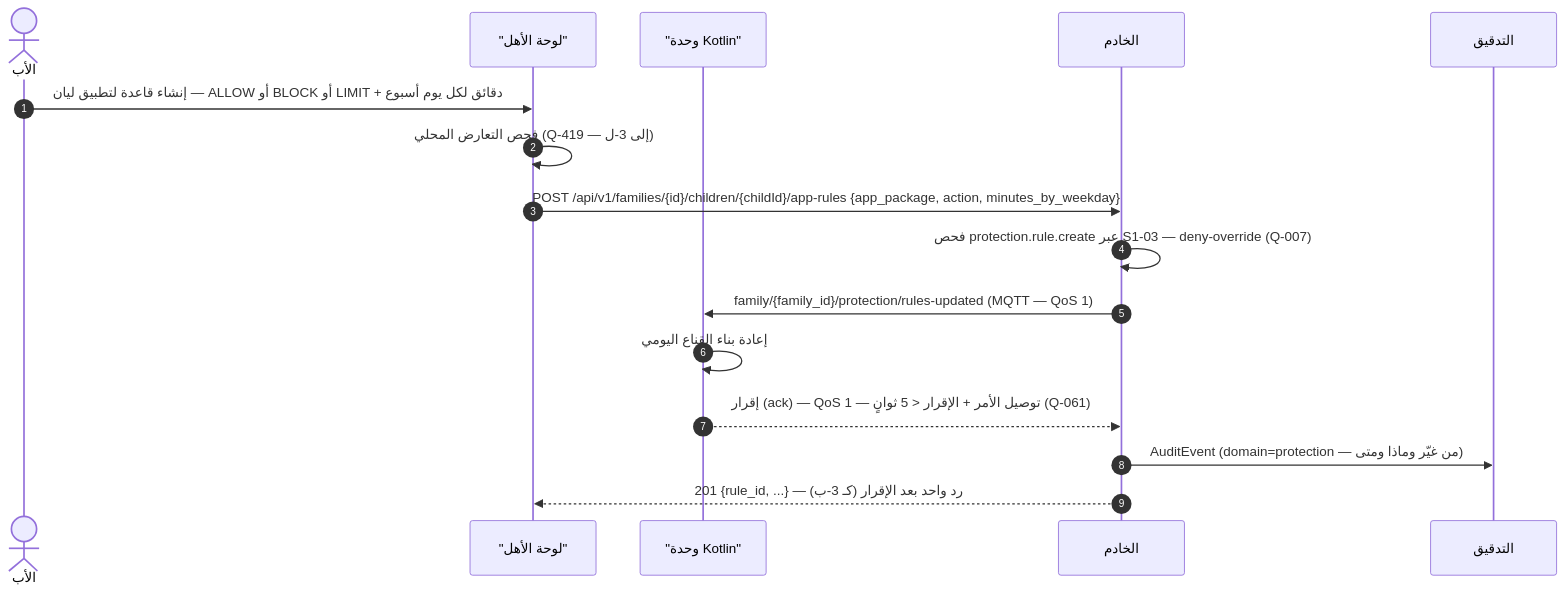
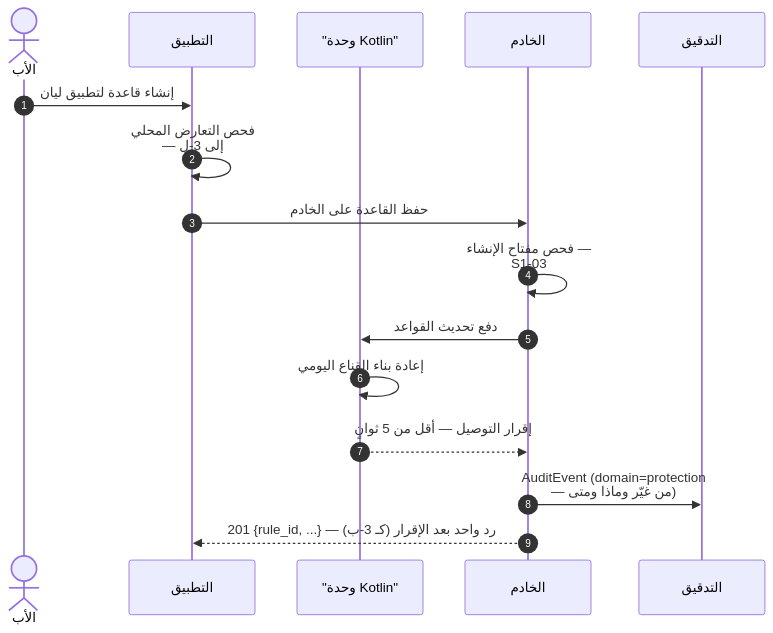
Before and after one commit to Bassam-mohammed-alqaeadi/family-os-v2: the fifth of 45 diagrams in docs/family-os/governance/phases/phase-1/S1-10-protection-and-enforcement/DIAGRAMS.md, drawn with Mermaid. The commit also changed other lines of this file, not shown here.

````diff
--- a/docs/family-os/governance/phases/phase-1/S1-10-protection-and-enforcement/DIAGRAMS.md
+++ b/docs/family-os/governance/phases/phase-1/S1-10-protection-and-enforcement/DIAGRAMS.md
@@ -353,18 +353,19 @@
 ```mermaid
+%%{init: {"sequence": {"wrap": true}}}%%
 sequenceDiagram
     autonumber
     actor Father as الأب
-    participant Flutter as "لوحة الأهل"
+    participant App as التطبيق
     participant K as "وحدة Kotlin"
     participant Ktor as الخادم
     participant Audit as التدقيق
-    Father->>Flutter: إنشاء قاعدة لتطبيق ليان — ALLOW أو BLOCK أو LIMIT + دقائق لكل يوم أسبوع
-    Flutter->>Flutter: فحص التعارض المحلي (Q-419 — إلى 3-ل)
-    Flutter->>Ktor: POST /api/v1/families/{id}/children/{childId}/app-rules {app_package, action, minutes_by_weekday}
-    Ktor->>Ktor: فحص protection.rule.create عبر S1-03 — deny-override (Q-007)
-    Ktor->>K: family/{family_id}/protection/rules-updated (MQTT — QoS 1)
+    Father->>App: إنشاء قاعدة لتطبيق ليان
+    App->>App: فحص التعارض المحلي — إلى 3-ل
+    App->>Ktor: حفظ القاعدة على الخادم
+    Ktor->>Ktor: فحص مفتاح الإنشاء — S1-03
+    Ktor->>K: دفع تحديث القواعد
     K->>K: إعادة بناء القناع اليومي
-    K-->>Ktor: إقرار (ack) — QoS 1 — توصيل الأمر + الإقرار < 5 ثوانٍ (Q-061)
+    K-->>Ktor: إقرار التوصيل — أقل من 5 ثوانٍ
     Ktor->>Audit: AuditEvent (domain=protection — من غيّر وماذا ومتى)
-    Ktor-->>Flutter: 201 {rule_id, ...} — رد واحد بعد الإقرار (كـ 3-ب)
+    Ktor-->>App: 201 {rule_id, ...} — رد واحد بعد الإقرار (كـ 3-ب)
 ```
````
